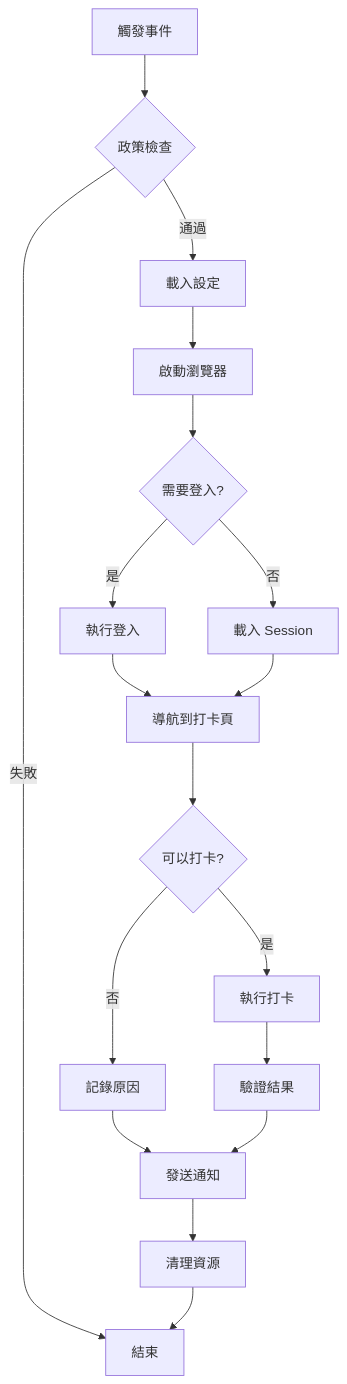
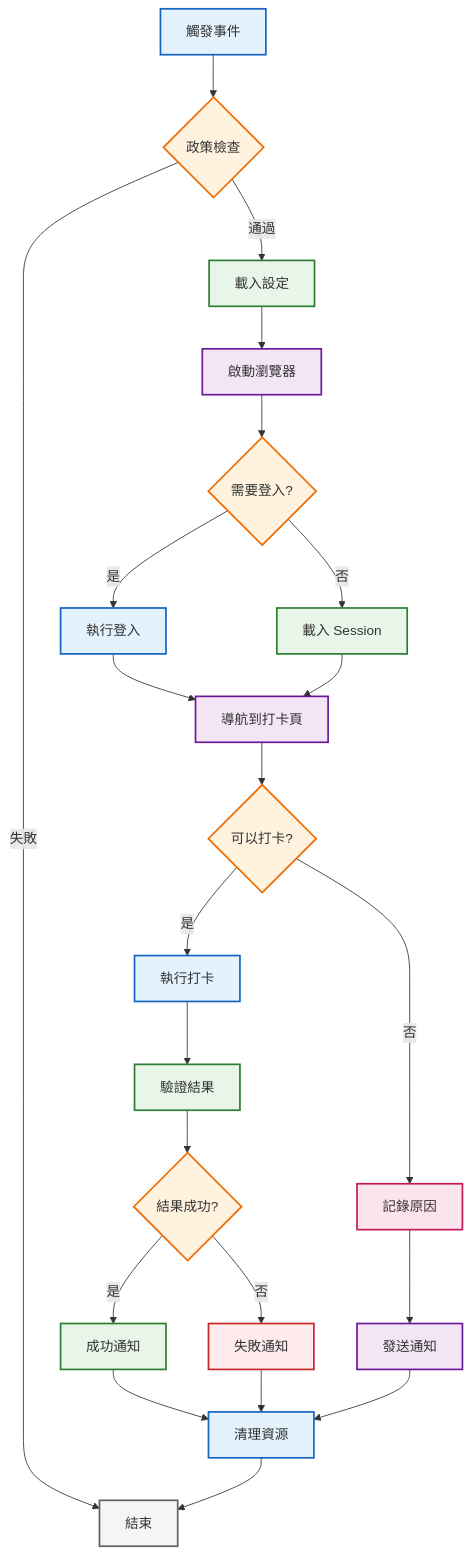
One commit to liu-chun-wu/daily-tick-runner changed the second of 5 diagrams in ARCHITECTURE.md. Above: the diagram before and after it, drawn with Mermaid. The commit also changed other lines of this file and 1 other file, not shown here.

Commit message:
add mermaid graph

````diff
--- a/ARCHITECTURE.md
+++ b/ARCHITECTURE.md
@@ -225,20 +277,43 @@
 ```mermaid
 graph TD
     A[觸發事件] --> B{政策檢查}
     B -->|通過| C[載入設定]
     B -->|失敗| X[結束]
     C --> D[啟動瀏覽器]
     D --> E{需要登入?}
     E -->|是| F[執行登入]
     E -->|否| G[載入 Session]
     F --> H[導航到打卡頁]
     G --> H
     H --> I{可以打卡?}
     I -->|是| J[執行打卡]
     I -->|否| K[記錄原因]
     J --> L[驗證結果]
     K --> M[發送通知]
-    L --> M
-    M --> N[清理資源]
+    L --> O{結果成功?}
+    O -->|是| P[成功通知]
+    O -->|否| Q[失敗通知]
+    P --> N[清理資源]
+    Q --> N
+    M --> N
     N --> X
+    
+    style A fill:#e3f2fd,stroke:#1565c0,stroke-width:2px
+    style B fill:#fff3e0,stroke:#ef6c00,stroke-width:2px
+    style C fill:#e8f5e9,stroke:#2e7d32,stroke-width:2px
+    style D fill:#f3e5f5,stroke:#6a1b9a,stroke-width:2px
+    style E fill:#fff3e0,stroke:#ef6c00,stroke-width:2px
+    style F fill:#e3f2fd,stroke:#1565c0,stroke-width:2px
+    style G fill:#e8f5e9,stroke:#2e7d32,stroke-width:2px
+    style H fill:#f3e5f5,stroke:#6a1b9a,stroke-width:2px
+    style I fill:#fff3e0,stroke:#ef6c00,stroke-width:2px
+    style J fill:#e3f2fd,stroke:#1565c0,stroke-width:2px
+    style K fill:#fce4ec,stroke:#c2185b,stroke-width:2px
+    style L fill:#e8f5e9,stroke:#2e7d32,stroke-width:2px
+    style M fill:#f3e5f5,stroke:#6a1b9a,stroke-width:2px
+    style N fill:#e3f2fd,stroke:#1565c0,stroke-width:2px
+    style O fill:#fff3e0,stroke:#ef6c00,stroke-width:2px
+    style P fill:#e8f5e9,stroke:#2e7d32,stroke-width:2px
+    style Q fill:#ffebee,stroke:#c62828,stroke-width:2px
+    style X fill:#f5f5f5,stroke:#616161,stroke-width:2px
 ```
````
